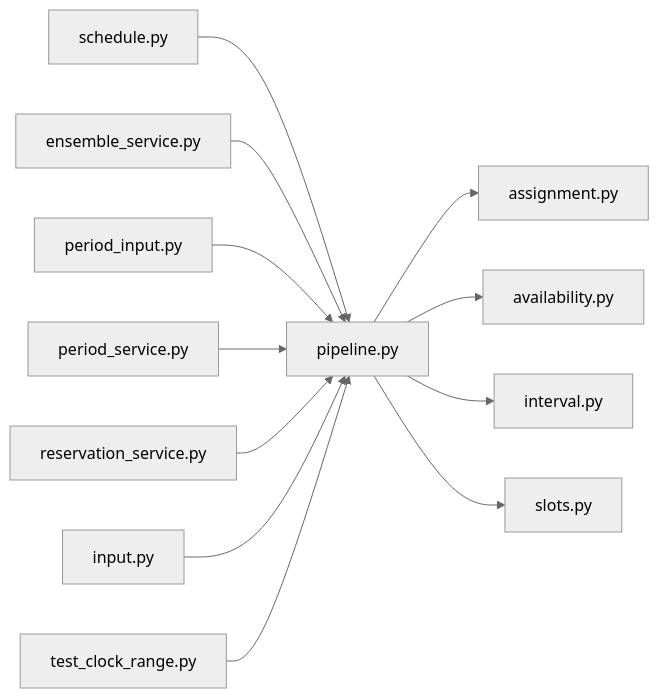
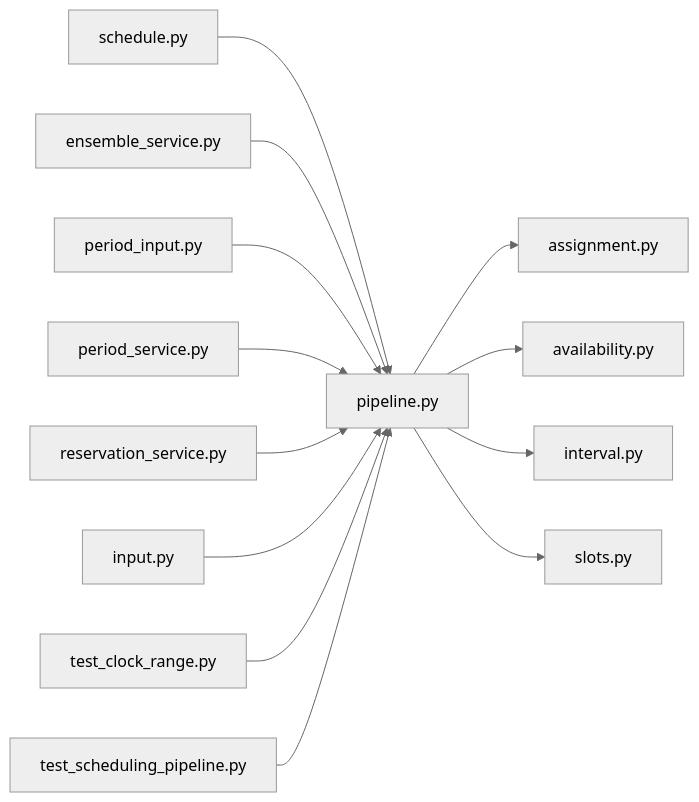
Before and after one commit to minkong-dev/Banblit: the diagram in .cluedoc/graph/backend/src/backend/scheduling/pipeline.md, drawn with Mermaid (neutral theme). The commit also changed other lines of this file and 35 other files, not shown here.

````diff
--- a/.cluedoc/graph/backend/src/backend/scheduling/pipeline.md
+++ b/.cluedoc/graph/backend/src/backend/scheduling/pipeline.md
@@ -10,15 +10,16 @@
 ```mermaid
 flowchart LR
   backend_src_backend_scheduling_pipeline["pipeline.py"]
   backend_src_backend_scheduling_pipeline --> backend_src_backend_scheduling_assignment["assignment.py"]
   backend_src_backend_scheduling_pipeline --> backend_src_backend_scheduling_availability["availability.py"]
   backend_src_backend_scheduling_pipeline --> backend_src_backend_scheduling_interval["interval.py"]
   backend_src_backend_scheduling_pipeline --> backend_src_backend_scheduling_slots["slots.py"]
   backend_src_backend_api_routers_schedule["schedule.py"] --> backend_src_backend_scheduling_pipeline
   backend_src_backend_services_period_ensemble_service["ensemble_service.py"] --> backend_src_backend_scheduling_pipeline
   backend_src_backend_services_period_period_input["period_input.py"] --> backend_src_backend_scheduling_pipeline
   backend_src_backend_services_period_period_service["period_service.py"] --> backend_src_backend_scheduling_pipeline
   backend_src_backend_services_reservation_reservation_service["reservation_service.py"] --> backend_src_backend_scheduling_pipeline
   backend_src_backend_services_validation_input["input.py"] --> backend_src_backend_scheduling_pipeline
   backend_tests_unit_test_clock_range["test_clock_range.py"] --> backend_src_backend_scheduling_pipeline
+  backend_tests_unit_test_scheduling_pipeline["test_scheduling_pipeline.py"] --> backend_src_backend_scheduling_pipeline
 ```
````
